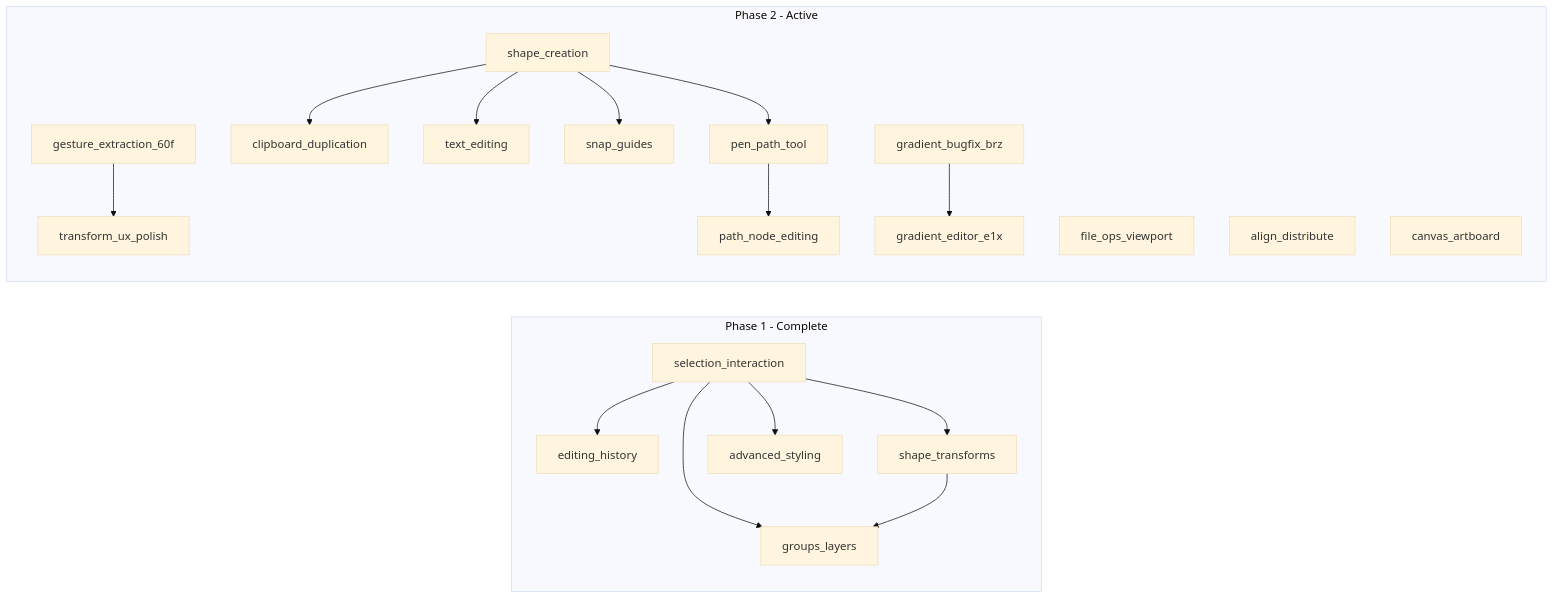
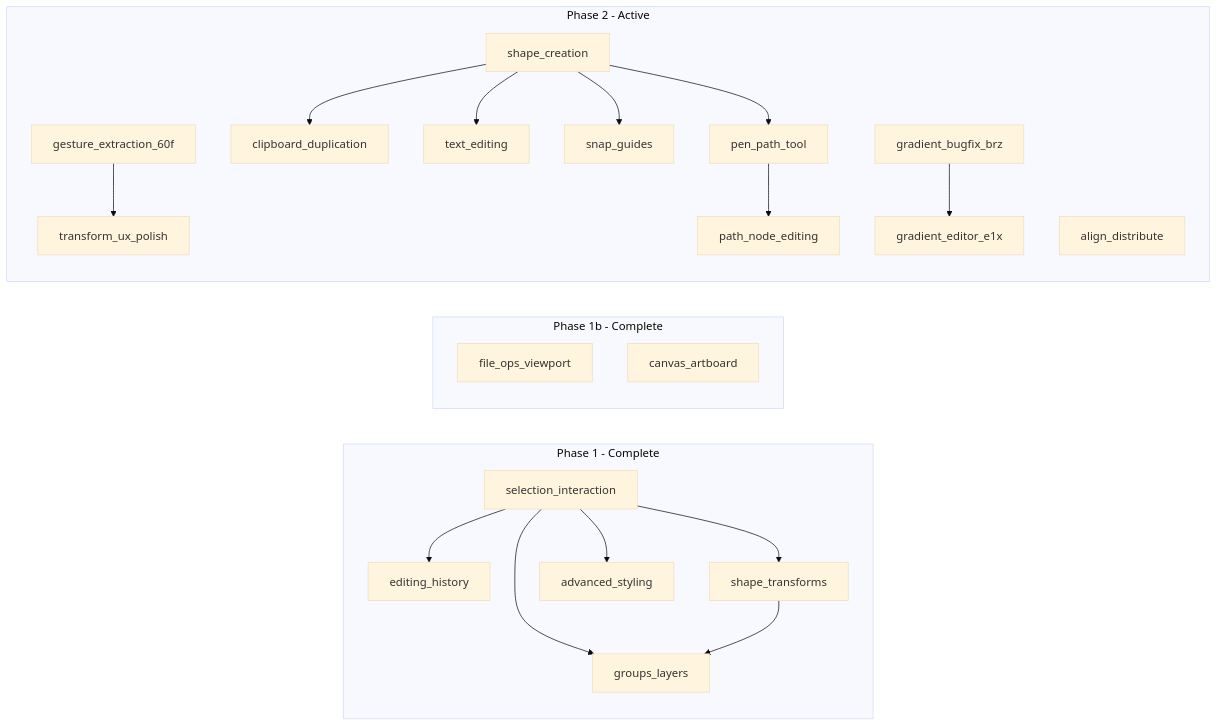
The diagram in plans/ROADMAP.md (nbeckindy/svg-editor), drawn with Mermaid (base theme) before and after one commit. The commit also changed other lines of this file and 4 other files, not shown here.

First line of the commit message:
feat(svg-manipulation): enhance artboard size handling and viewport synchronization

````diff
--- a/plans/ROADMAP.md
+++ b/plans/ROADMAP.md
@@ -57,38 +55,41 @@
 ```mermaid
 flowchart LR
   subgraph phase1 [Phase 1 - Complete]
     e1[selection_interaction]
     e2[editing_history]
     e3[shape_transforms]
     e4[groups_layers]
     e5[advanced_styling]
     e1 --> e2
     e1 --> e3
     e1 --> e4
     e3 --> e4
     e1 --> e5
   end
 
+  subgraph phase1b [Phase 1b - Complete]
+    e9[file_ops_viewport]
+    e14[canvas_artboard]
+  end
+
   subgraph phase2 [Phase 2 - Active]
     refactor[gesture_extraction_60f]
     e6[transform_ux_polish]
     e7[shape_creation]
     e8[clipboard_duplication]
-    e9[file_ops_viewport]
     e10[text_editing]
     e11[align_distribute]
     e12[snap_guides]
     e13[pen_path_tool]
-    e14[canvas_artboard]
     e15[path_node_editing]
     bugfix_brz[gradient_bugfix_brz]
     gradient_e1x[gradient_editor_e1x]
     refactor --> e6
     e7 --> e8
     e7 --> e10
     e7 --> e12
     e7 --> e13
     e13 --> e15
     bugfix_brz --> gradient_e1x
   end
 ```
````
